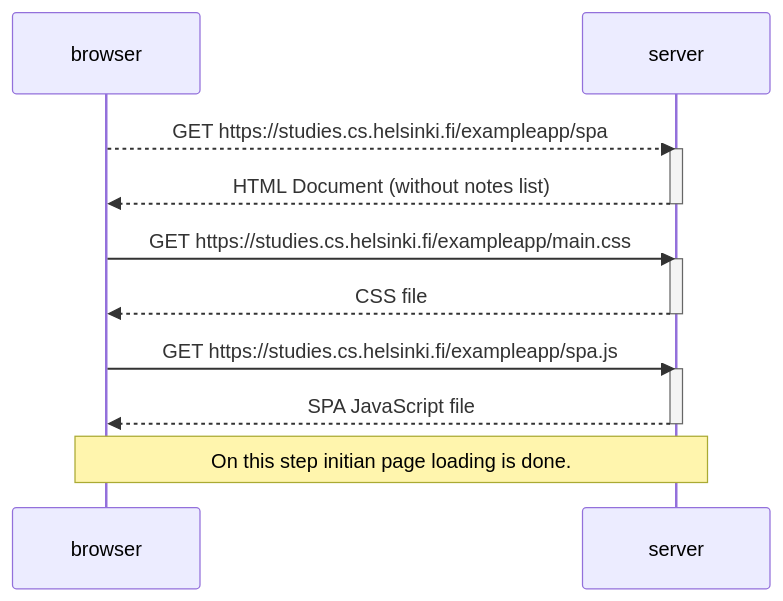
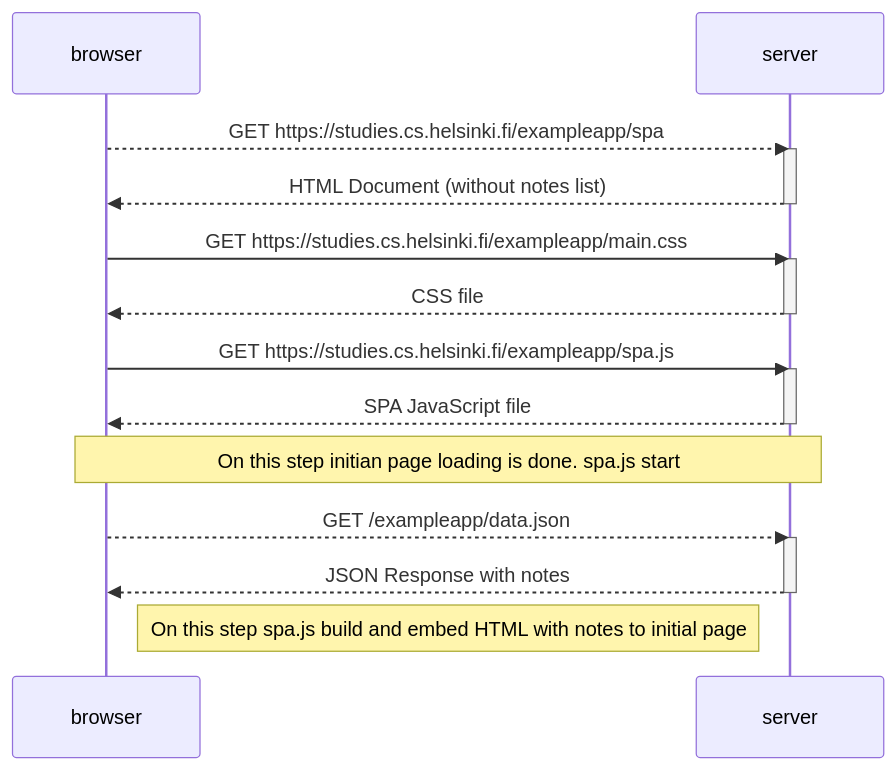
The diagram in part0/0_5_spa_diagram.md (non-rp/full-stack-open), drawn with Mermaid before and after one commit.

Commit message:
update spa digram, remove data.json as participant

````diff
--- a/part0/0_5_spa_diagram.md
+++ b/part0/0_5_spa_diagram.md
@@ -1,22 +1,28 @@
 ```mermaid
 sequenceDiagram
     participant browser
     participant server
 
     browser-->>server: GET https://studies.cs.helsinki.fi/exampleapp/spa
     activate server
     server-->>browser: HTML Document (without notes list)
     deactivate server
 
     browser->>server: GET https://studies.cs.helsinki.fi/exampleapp/main.css
     activate server
     server-->>browser: CSS file
     deactivate server
 
     browser->>server: GET https://studies.cs.helsinki.fi/exampleapp/spa.js
     activate server
     server-->>browser: SPA JavaScript file
     deactivate server
-    Note over browser,server: On this step initian page loading is done.
+    Note over browser,server: On this step initian page loading is done. spa.js start
+
+    browser-->>server: GET /exampleapp/data.json
+    activate server
+    server-->>browser: JSON Response with notes 
+    deactivate server
+    Note right of browser: On this step spa.js build and embed HTML with notes to initial page
 
 ```
````
